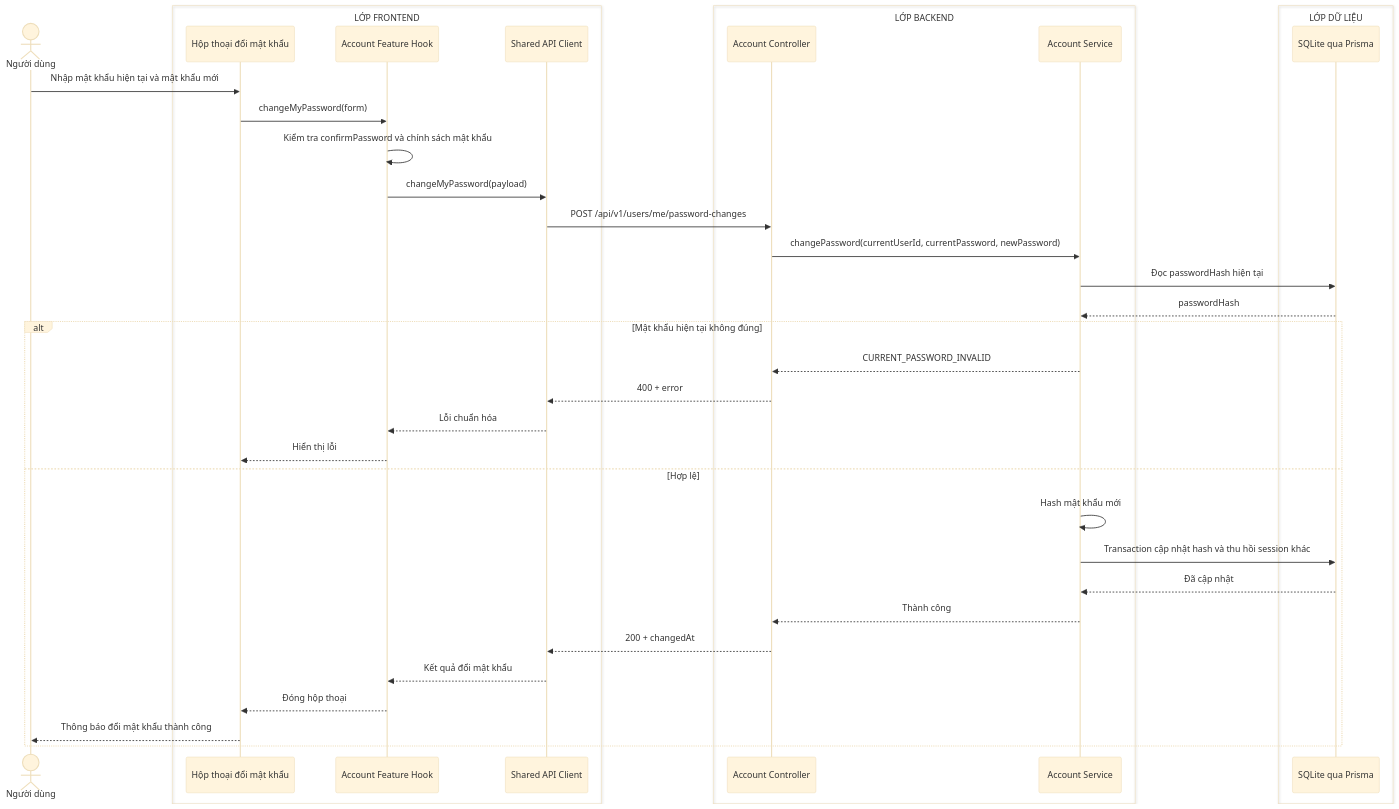
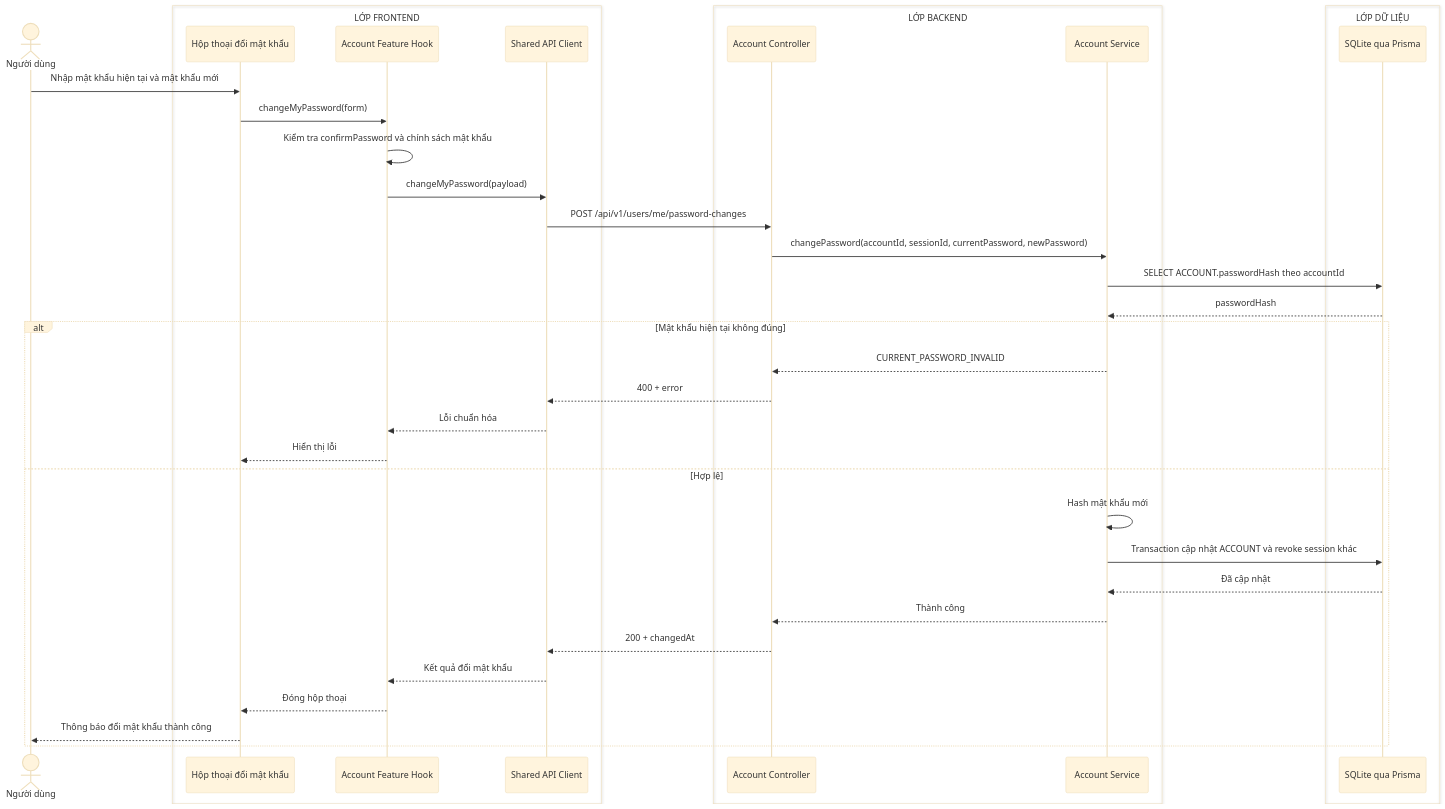
The first of 2 diagrams in docs/sequence-diagrams/05-doi-va-dat-lai-mat-khau.md (MINHDZVODICH/ctv-manage), drawn with Mermaid (base theme) before and after one commit. The commit also changed other lines of this file and 227 other files, not shown here.

````diff
--- a/docs/sequence-diagrams/05-doi-va-dat-lai-mat-khau.md
+++ b/docs/sequence-diagrams/05-doi-va-dat-lai-mat-khau.md
@@ -7,41 +7,41 @@
 ```mermaid
 sequenceDiagram
     actor U as Người dùng
     box LỚP FRONTEND
         participant UI as Hộp thoại đổi mật khẩu
         participant H as Account Feature Hook
         participant API as Shared API Client
     end
     box LỚP BACKEND
         participant C as Account Controller
         participant S as Account Service
     end
     box LỚP DỮ LIỆU
         participant DB as SQLite qua Prisma
     end
 
     U->>UI: Nhập mật khẩu hiện tại và mật khẩu mới
     UI->>H: changeMyPassword(form)
     H->>H: Kiểm tra confirmPassword và chính sách mật khẩu
     H->>API: changeMyPassword(payload)
     API->>C: POST /api/v1/users/me/password-changes
-    C->>S: changePassword(currentUserId, currentPassword, newPassword)
-    S->>DB: Đọc passwordHash hiện tại
+    C->>S: changePassword(accountId, sessionId, currentPassword, newPassword)
+    S->>DB: SELECT ACCOUNT.passwordHash theo accountId
     DB-->>S: passwordHash
 
     alt Mật khẩu hiện tại không đúng
         S-->>C: CURRENT_PASSWORD_INVALID
         C-->>API: 400 + error
         API-->>H: Lỗi chuẩn hóa
         H-->>UI: Hiển thị lỗi
     else Hợp lệ
         S->>S: Hash mật khẩu mới
-        S->>DB: Transaction cập nhật hash và thu hồi session khác
+        S->>DB: Transaction cập nhật ACCOUNT và revoke session khác
         DB-->>S: Đã cập nhật
         S-->>C: Thành công
         C-->>API: 200 + changedAt
         API-->>H: Kết quả đổi mật khẩu
         H-->>UI: Đóng hộp thoại
         UI-->>U: Thông báo đổi mật khẩu thành công
     end
 ```
````
